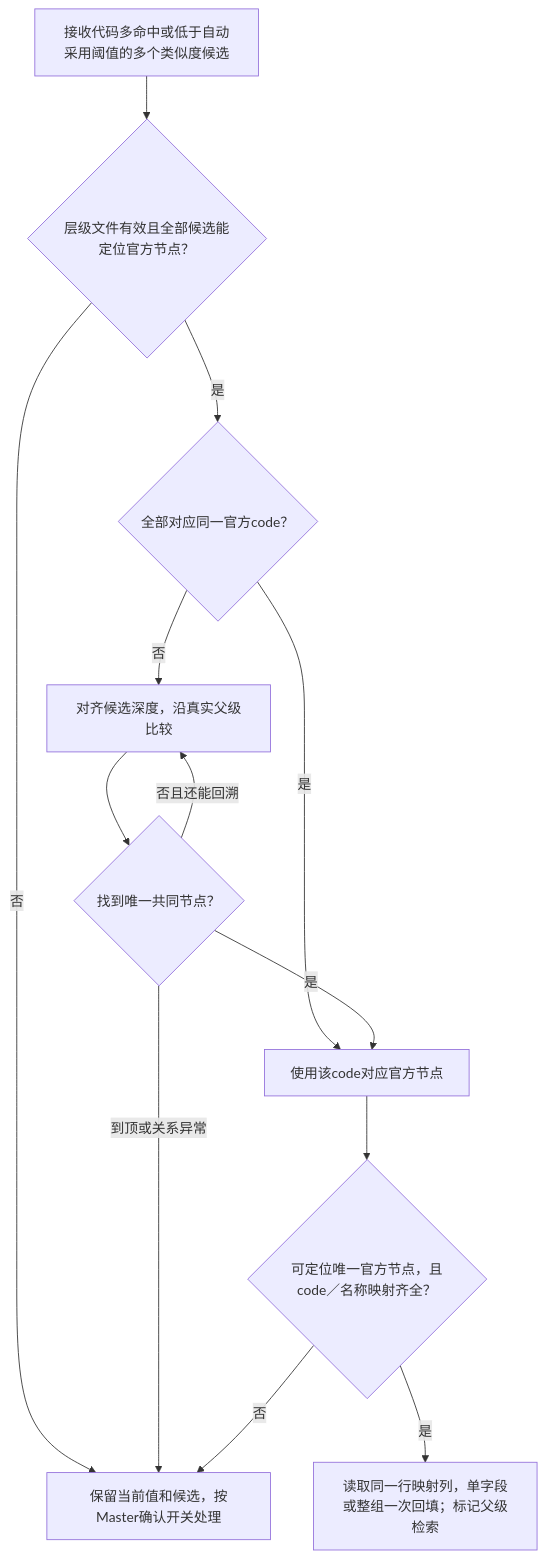
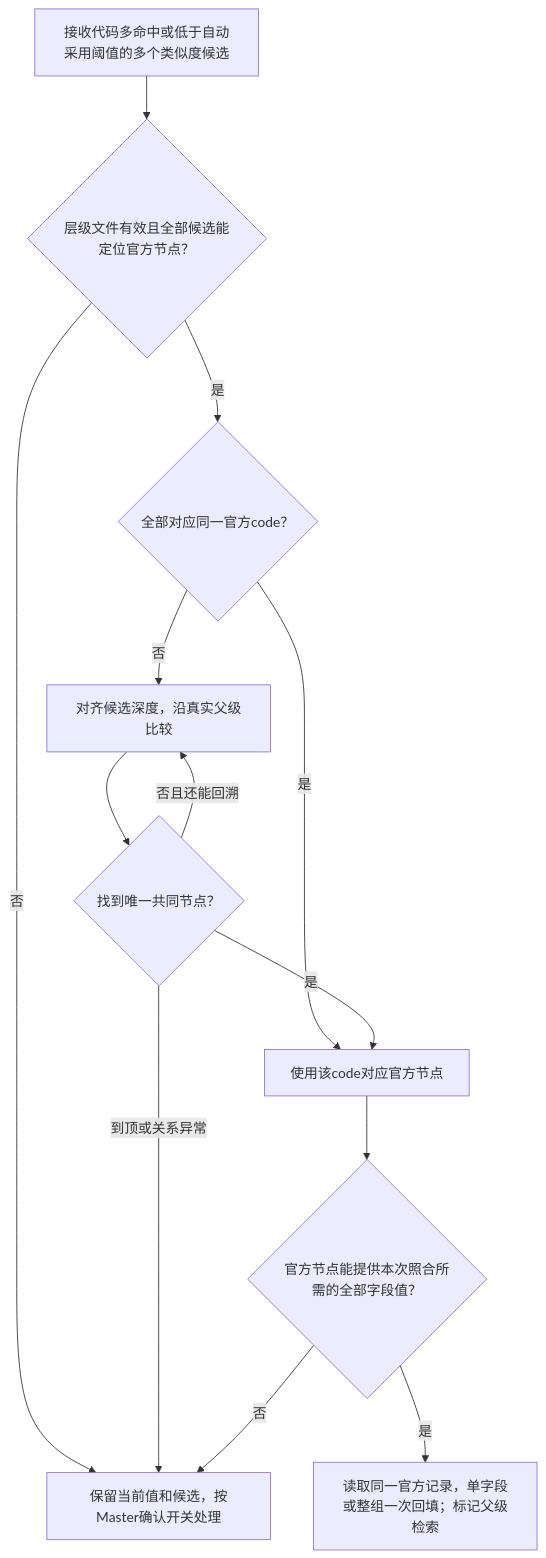
The fifth of 5 diagrams in PRD.zh-CN.md (aruirage/IDP-Ph3-Demo-PRD), drawn with Mermaid before and after one commit. The commit also changed other lines of this file and 2 other files, not shown here.

````diff
--- a/PRD.zh-CN.md
+++ b/PRD.zh-CN.md
@@ -582,15 +584,15 @@
 ```mermaid
 flowchart TD
     A["接收代码多命中或低于自动采用阈值的多个类似度候选"] --> B{"层级文件有效且全部候选能定位官方节点？"}
     B -->|否| M["保留当前值和候选，按Master确认开关处理"]
     B -->|是| C{"全部对应同一官方code？"}
     C -->|是| U["使用该code对应官方节点"]
     C -->|否| D["对齐候选深度，沿真实父级比较"]
     D --> E{"找到唯一共同节点？"}
     E -->|是| U
     E -->|否且还能回溯| D
     E -->|到顶或关系异常| M
-    U --> F{"可定位唯一官方节点，且code／名称映射齐全？"}
-    F -->|否| M
-    F -->|是| G["读取同一行映射列，单字段或整组一次回填；标记父级检索"]
+    U --> FILL{"官方节点能提供本次照合所需的全部字段值？"}
+    FILL -->|否| M
+    FILL -->|是| G["读取同一官方记录，单字段或整组一次回填；标记父级检索"]
 ```
````
